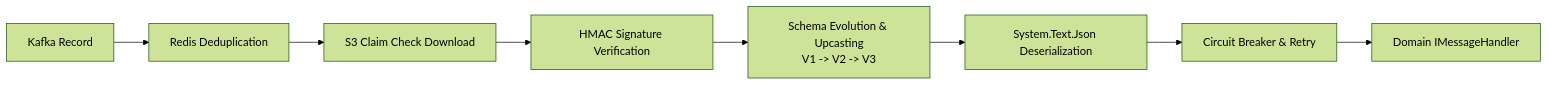
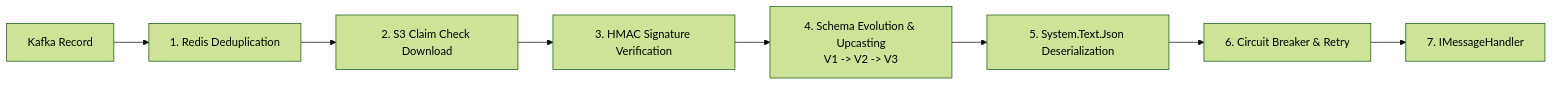
One commit to backend-crafter/CSharpExtensions changed the second of 2 diagrams in README.md. Above: the diagram before and after it, drawn with Mermaid (forest theme). The commit also changed other lines of this file, not shown here.

Commit message:
docs: expand Kafka documentation with declarative handlers, streaming consumers, and clean banner

````diff
--- a/README.md
+++ b/README.md
@@ -295,10 +265,10 @@
 ```mermaid
 flowchart LR
-    Msg[Kafka Record] --> Dedup[Redis Deduplication]
-    Dedup --> S3[S3 Claim Check Download]
-    S3 --> Sig[HMAC Signature Verification]
-    Sig --> Upcast[Schema Evolution & Upcasting\nV1 -> V2 -> V3]
-    Upcast --> Deser[System.Text.Json Deserialization]
-    Deser --> CB[Circuit Breaker & Retry]
-    CB --> Handler[Domain IMessageHandler]
+    Msg[Kafka Record] --> Dedup[1. Redis Deduplication]
+    Dedup --> S3[2. S3 Claim Check Download]
+    S3 --> Sig[3. HMAC Signature Verification]
+    Sig --> Upcast[4. Schema Evolution & Upcasting\nV1 -> V2 -> V3]
+    Upcast --> Deser[5. System.Text.Json Deserialization]
+    Deser --> CB[6. Circuit Breaker & Retry]
+    CB --> Handler[7. IMessageHandler]
 ```
````
